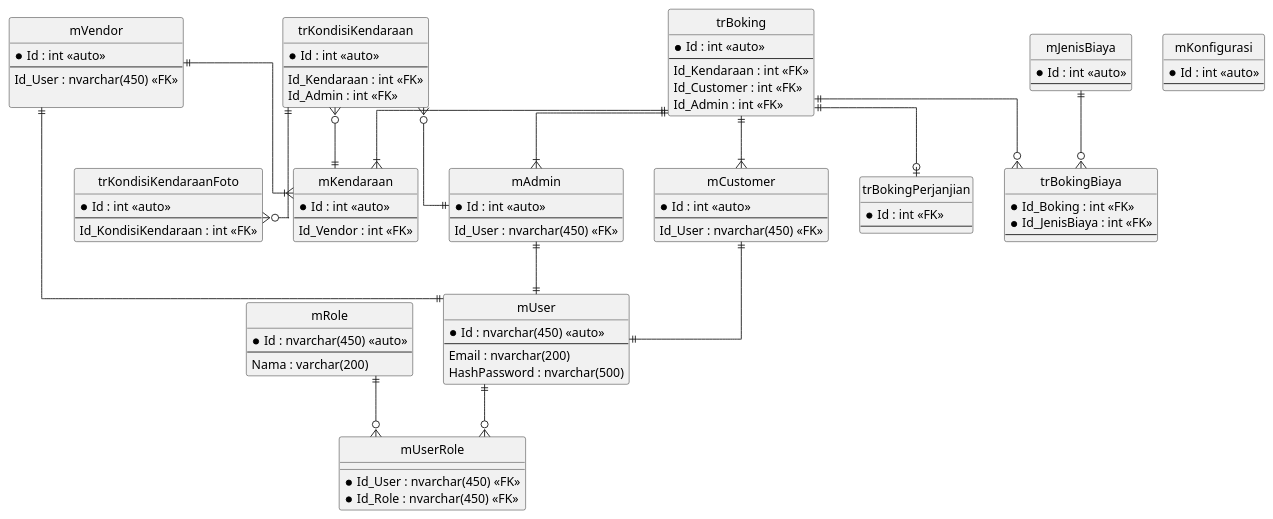
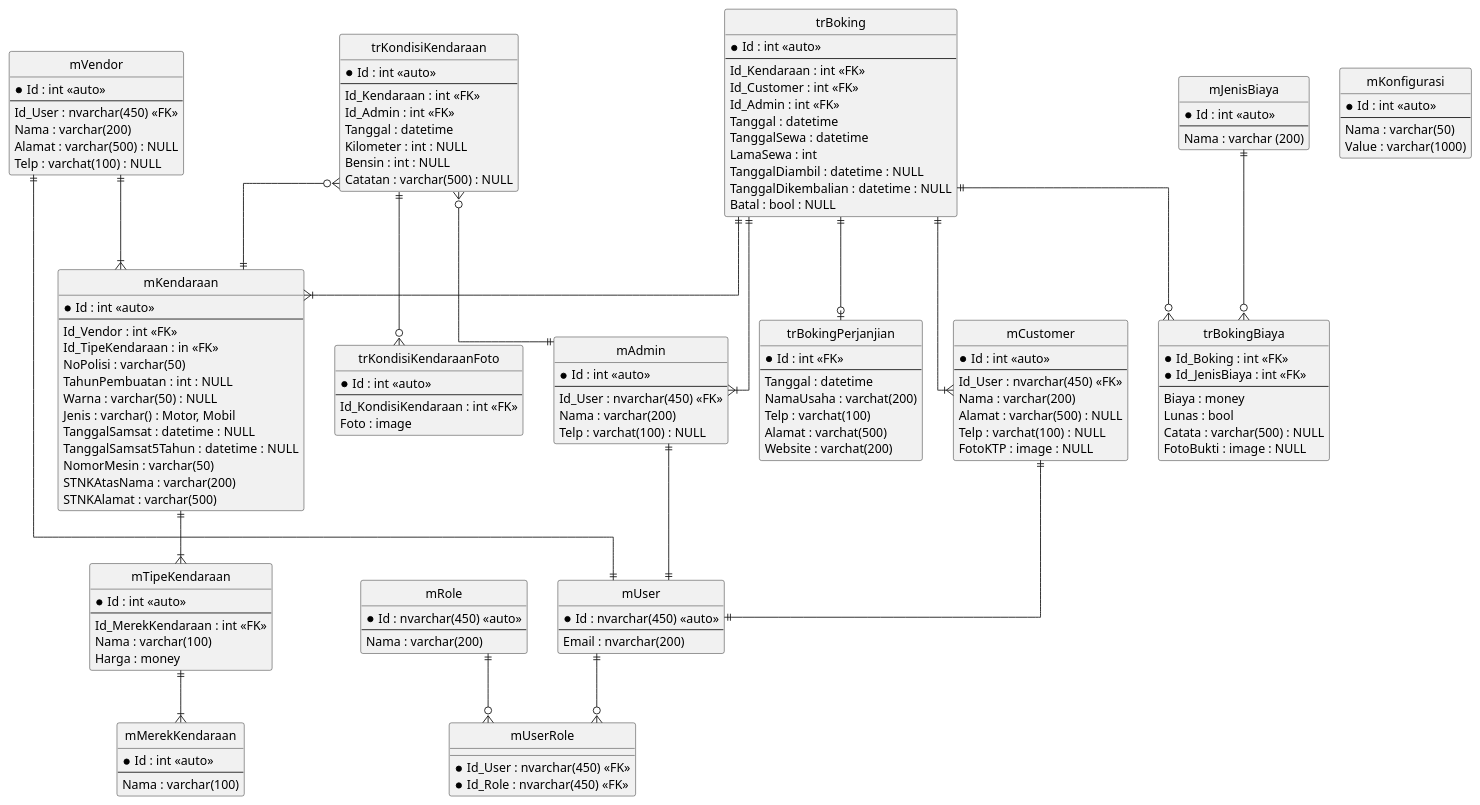
Before and after one commit to debayus/rentcar: the diagram in diagram/8. erd.pu, drawn with PlantUML. The commit also changed other lines of this file and 1 other file, not shown here.

```diff
--- a/diagram/8. erd.pu
+++ b/diagram/8. erd.pu
@@ -1,110 +1,166 @@
 @startuml erd
 
 hide circle
 skinparam linetype ortho
 
 entity "mUser" as mUser {
     *Id : nvarchar(450) <<auto>>
     --
     Email : nvarchar(200)
-    HashPassword : nvarchar(500)
 }
 
 entity "mRole" as mRole {
     *Id : nvarchar(450) <<auto>>
     --
     Nama : varchar(200)
 }
 
 entity "mUserRole" as mUserRole {
     *Id_User : nvarchar(450) <<FK>>
     *Id_Role : nvarchar(450) <<FK>>
 }
 
 entity "mVendor" as mVendor {
     *Id : int <<auto>>
     --
     Id_User : nvarchar(450) <<FK>>
-    
+    Nama : varchar(200)
+    Alamat : varchar(500) : NULL
+    Telp : varchat(100) : NULL
 }
 
 entity "mAdmin" as mAdmin {
     *Id : int <<auto>>
     --
     Id_User : nvarchar(450) <<FK>>
+    Nama : varchar(200)
+    Telp : varchat(100) : NULL
 }
 
 entity "mCustomer" as mCustomer {
     *Id : int <<auto>>
     --
     Id_User : nvarchar(450) <<FK>>
+    Nama : varchar(200)
+    Alamat : varchar(500) : NULL
+    Telp : varchat(100) : NULL
+    FotoKTP : image : NULL
+}
+
+entity "mMerekKendaraan" as mMerekKendaraan {
+    *Id : int <<auto>>
+    --
+    Nama : varchar(100)
+}
+
+entity "mTipeKendaraan" as mTipeKendaraan {
+    *Id : int <<auto>>
+    --
+    Id_MerekKendaraan : int <<FK>>
+    Nama : varchar(100)
+    Harga : money
 }
 
 entity "mKendaraan" as mKendaraan {
     *Id : int <<auto>>
     --
     Id_Vendor : int <<FK>>
+    Id_TipeKendaraan : in <<FK>> 
+    NoPolisi : varchar(50)
+    TahunPembuatan : int : NULL
+    Warna : varchar(50) : NULL
+    Jenis : varchar() : Motor, Mobil
+    TanggalSamsat : datetime : NULL
+    TanggalSamsat5Tahun : datetime : NULL
+    NomorMesin : varchar(50)
+    STNKAtasNama : varchar(200)
+    STNKAlamat : varchar(500)
 }
 
 entity "trKondisiKendaraan" as trKondisiKendaraan {
     *Id : int <<auto>>
     --
     Id_Kendaraan : int <<FK>>
     Id_Admin : int <<FK>>
+    Tanggal : datetime
+    Kilometer : int : NULL
+    Bensin : int : NULL
+    Catatan : varchar(500) : NULL
 }
 
 entity "trKondisiKendaraanFoto" as trKondisiKendaraanFoto {
     *Id : int <<auto>>
     --
     Id_KondisiKendaraan : int <<FK>>
+    Foto : image
 }
 
 entity "trBoking" as trBoking {
     *Id : int <<auto>>
     --
     Id_Kendaraan : int <<FK>>
     Id_Customer : int <<FK>>
     Id_Admin : int <<FK>>
+    Tanggal : datetime
+    TanggalSewa : datetime
+    LamaSewa : int
+    TanggalDiambil : datetime : NULL
+    TanggalDikembalian : datetime : NULL
+    Batal : bool : NULL
 }
 
 entity "trBokingPerjanjian" as trBokingPerjanjian {
     *Id : int <<FK>>
     --
+    Tanggal : datetime
+    NamaUsaha : varchat(200)
+    Telp : varchat(100)
+    Alamat : varchat(500)
+    Website : varchat(200)
 }
 
 entity "trBokingBiaya" as trBokingBiaya {
     *Id_Boking : int <<FK>>
     *Id_JenisBiaya : int <<FK>>
     --
+    Biaya : money
+    Lunas : bool
+    Catata : varchar(500) : NULL
+    FotoBukti : image : NULL
 }
 
 entity "mJenisBiaya" as mJenisBiaya {
     *Id : int <<auto>>
     --
+    Nama : varchar (200)
 }
 
 entity "mKonfigurasi" as mKonfigurasi {
     *Id : int <<auto>>
     --
+    Nama : varchar(50)
+    Value : varchar(1000)
 }
 
 mUser ||--o{ mUserRole
 mRole ||--o{ mUserRole
 mVendor ||--|| mUser
 mAdmin ||--|| mUser
 mCustomer ||--|| mUser
 mVendor ||--|{ mKendaraan
 
 trKondisiKendaraan }o--|| mKendaraan
 trKondisiKendaraan }o--|| mAdmin
 trKondisiKendaraan ||--o{ trKondisiKendaraanFoto
 
 trBoking ||--|{ mKendaraan
 trBoking ||--|{ mCustomer
 trBoking ||--|{ mAdmin
 trBoking ||--o| trBokingPerjanjian
 trBoking ||--o{ trBokingBiaya
 mJenisBiaya ||--o{ trBokingBiaya
 
+mKendaraan ||--|{ mTipeKendaraan
+mTipeKendaraan ||--|{ mMerekKendaraan
 
 @enduml
```
